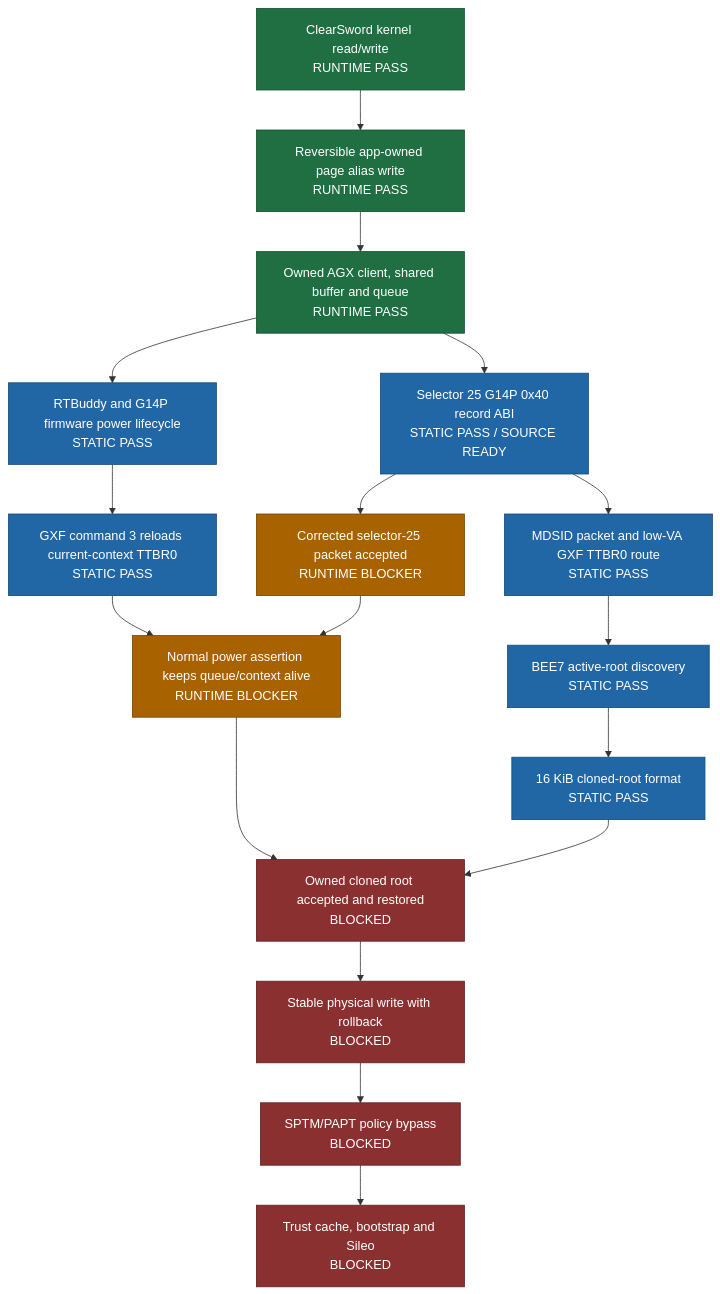
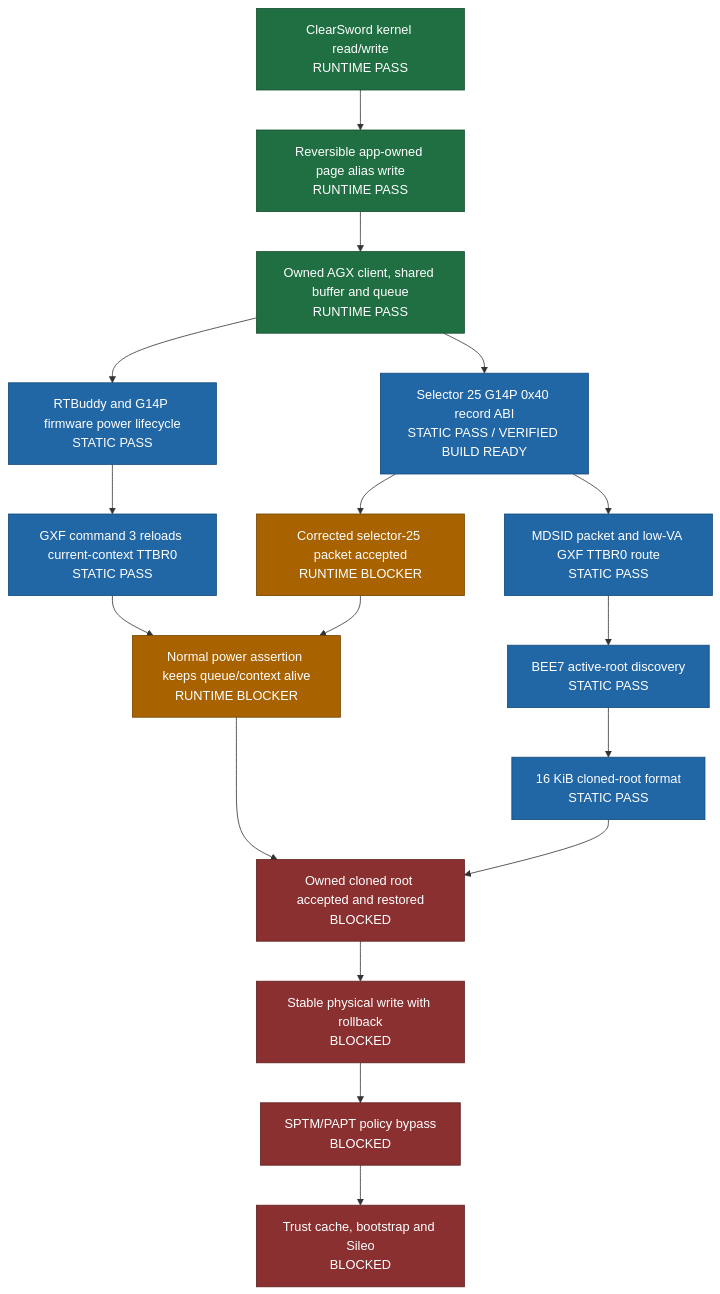
One commit to Philiphall6/Dopamine-private changed the diagram in README.md. Above: the diagram before and after it, drawn with Mermaid. The commit also changed other lines of this file and 3 other files, not shown here.

Commit message:
Document verified G14P ABI v3 artifact

````diff
--- a/README.md
+++ b/README.md
@@ -22,33 +22,33 @@
 ```mermaid
 flowchart TD
     A[ClearSword kernel read/write<br/>RUNTIME PASS]
     B[Reversible app-owned page alias write<br/>RUNTIME PASS]
     C[Owned AGX client, shared buffer and queue<br/>RUNTIME PASS]
-    D[Selector 25 G14P 0x40 record ABI<br/>STATIC PASS / SOURCE READY]
+    D[Selector 25 G14P 0x40 record ABI<br/>STATIC PASS / VERIFIED BUILD READY]
     E[MDSID packet and low-VA GXF TTBR0 route<br/>STATIC PASS]
     F[BEE7 active-root discovery<br/>STATIC PASS]
     G[16 KiB cloned-root format<br/>STATIC PASS]
     H[RTBuddy and G14P firmware power lifecycle<br/>STATIC PASS]
     I[GXF command 3 reloads current-context TTBR0<br/>STATIC PASS]
     J[Corrected selector-25 packet accepted<br/>RUNTIME BLOCKER]
     K[Normal power assertion keeps queue/context alive<br/>RUNTIME BLOCKER]
     L[Owned cloned root accepted and restored<br/>BLOCKED]
     M[Stable physical write with rollback<br/>BLOCKED]
     N[SPTM/PAPT policy bypass<br/>BLOCKED]
     O[Trust cache, bootstrap and Sileo<br/>BLOCKED]
 
     A --> B --> C --> D --> J
     C --> H --> I --> K
     D --> E --> F --> G
     J --> K --> L --> M --> N --> O
     G --> L
 
     classDef runtime fill:#1f6f43,color:#fff,stroke:#164f31
     classDef static fill:#2166a5,color:#fff,stroke:#174a78
     classDef pending fill:#a86200,color:#fff,stroke:#744400
     classDef blocked fill:#8a3030,color:#fff,stroke:#5e2020
     class A,B,C runtime
     class D,E,F,G,H,I static
     class J,K pending
     class L,M,N,O blocked
 ```
````
